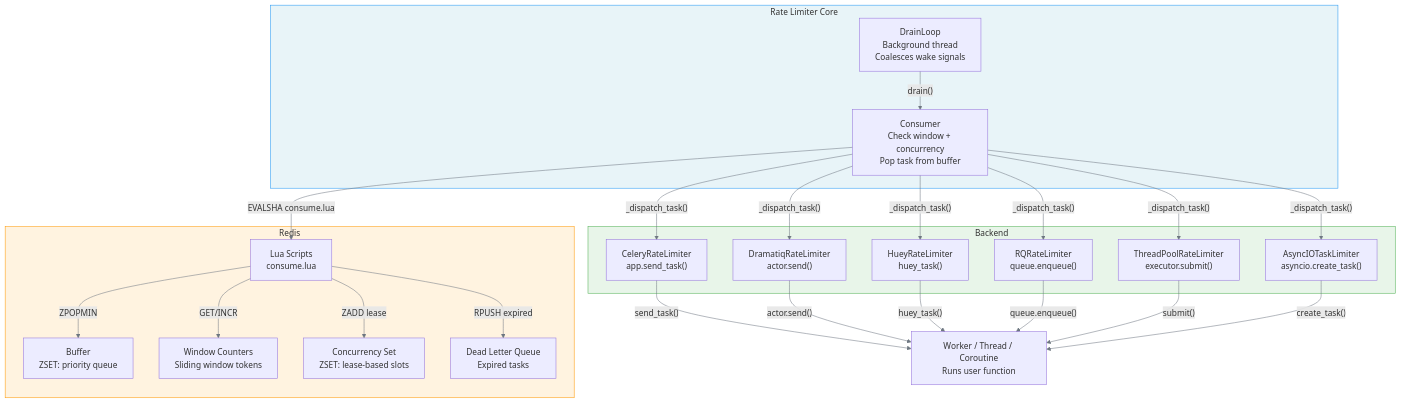
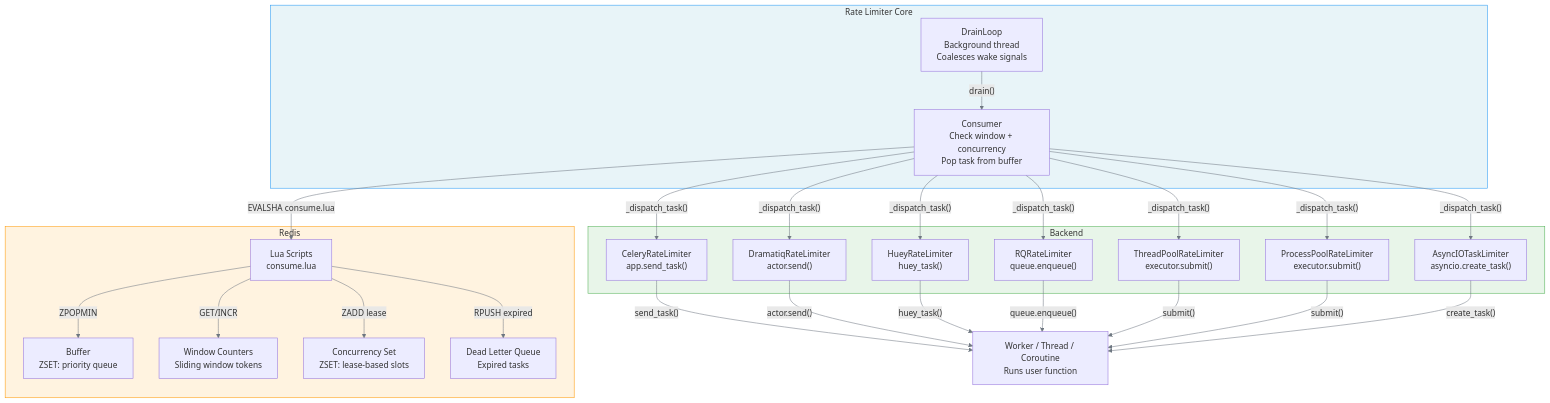
The third of 5 diagrams in docs/architecture/components.md (melroy999/redis-rate-limiter), drawn with Mermaid before and after one commit. The commit also changed other lines of this file and 20 other files, not shown here.

````diff
--- a/docs/architecture/components.md
+++ b/docs/architecture/components.md
@@ -99,50 +99,53 @@
 ```mermaid
 %%{init: {"theme": "default", "themeVariables": {"lineColor": "#6e7781"}}}%%
 graph TD
     subgraph Limiter ["Rate Limiter Core"]
         DrainLoop["DrainLoop<br>Background thread<br>Coalesces wake signals"]
         Consumer["Consumer<br>Check window + concurrency<br>Pop task from buffer"]
     end
 
     subgraph Redis ["Redis"]
         LuaScripts["Lua Scripts<br>consume.lua"]
         Buffer["Buffer<br>ZSET: priority queue"]
         WindowCounters["Window Counters<br>Sliding window tokens"]
         ConcurrencySet["Concurrency Set<br>ZSET: lease-based slots"]
         DLQ["Dead Letter Queue<br>Expired tasks"]
     end
 
     subgraph Backends ["Backend"]
         Celery["CeleryRateLimiter<br>app.send_task()"]
         Dramatiq["DramatiqRateLimiter<br>actor.send()"]
         Huey["HueyRateLimiter<br>huey_task()"]
         RQ["RQRateLimiter<br>queue.enqueue()"]
         ThreadPool["ThreadPoolRateLimiter<br>executor.submit()"]
+        ProcessPool["ProcessPoolRateLimiter<br>executor.submit()"]
         AsyncIO["AsyncIOTaskLimiter<br>asyncio.create_task()"]
     end
 
     Worker["Worker / Thread / Coroutine<br>Runs user function"]
 
     DrainLoop -->|"drain()"| Consumer
     Consumer -->|"EVALSHA consume.lua"| LuaScripts
     LuaScripts -->|"GET/INCR"| WindowCounters
     LuaScripts -->|"ZPOPMIN"| Buffer
     LuaScripts -->|"ZADD lease"| ConcurrencySet
     LuaScripts -->|"RPUSH expired"| DLQ
     Consumer -->|"_dispatch_task()"| Celery
     Consumer -->|"_dispatch_task()"| Dramatiq
     Consumer -->|"_dispatch_task()"| Huey
     Consumer -->|"_dispatch_task()"| RQ
     Consumer -->|"_dispatch_task()"| ThreadPool
+    Consumer -->|"_dispatch_task()"| ProcessPool
     Consumer -->|"_dispatch_task()"| AsyncIO
     Celery -->|"send_task()"| Worker
     Dramatiq -->|"actor.send()"| Worker
     Huey -->|"huey_task()"| Worker
     RQ -->|"queue.enqueue()"| Worker
     ThreadPool -->|"submit()"| Worker
+    ProcessPool -->|"submit()"| Worker
     AsyncIO -->|"create_task()"| Worker
 
     style Limiter fill:#e8f4f8,stroke:#2196F3
     style Redis fill:#fff3e0,stroke:#FF9800
     style Backends fill:#e8f5e9,stroke:#4CAF50
 ```
````
